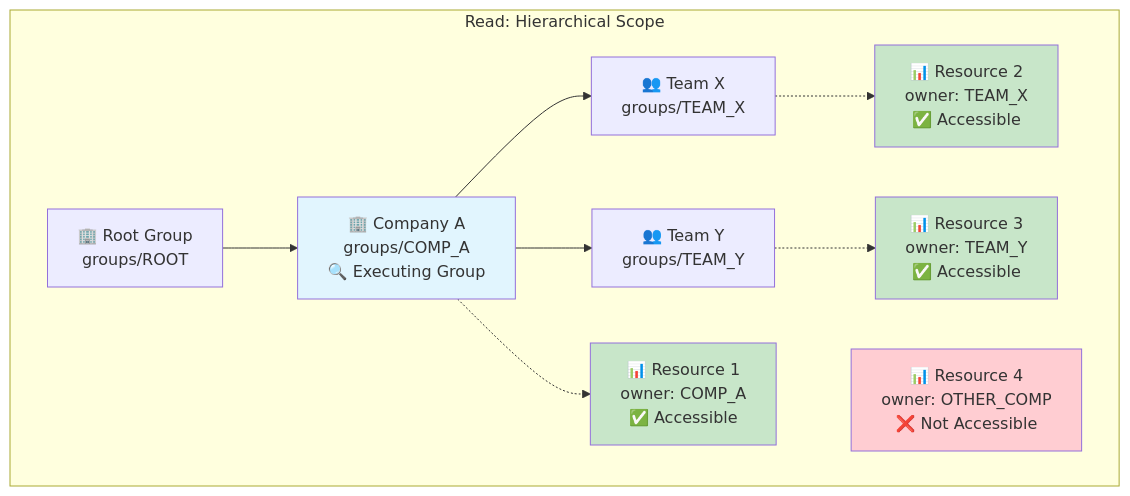
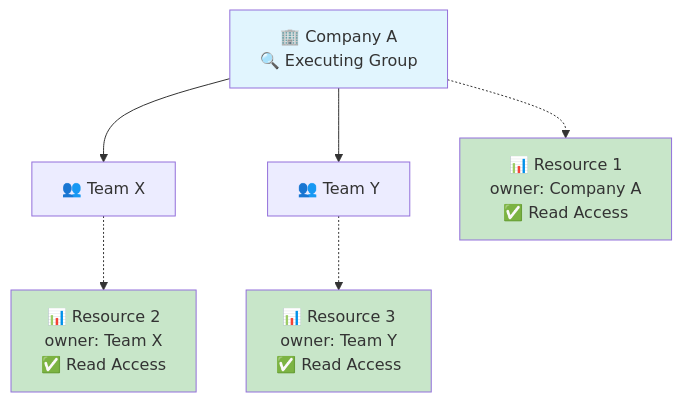
One commit to meshtrade/api changed the third of 6 diagrams in docs/docs/architecture/resource-hierarchy.mdx. Above: the diagram before and after it, drawn with Mermaid. The commit also changed other lines of this file and 5 other files, not shown here.

````diff
--- a/docs/docs/architecture/resource-hierarchy.mdx
+++ b/docs/docs/architecture/resource-hierarchy.mdx
@@ -171,41 +116,28 @@
 ```mermaid
 graph TD
-    subgraph "Read: Hierarchical Scope"
-        Root["🏢 Root Group
-groups/ROOT"]
-        CompanyA["🏢 Company A
-groups/COMP_A
-🔍 Executing Group"]
-        TeamX["👥 Team X
-groups/TEAM_X"]
-        TeamY["👥 Team Y
-groups/TEAM_Y"]
+    CompanyA["🏢 Company A
+    🔍 Executing Group"]
+    TeamX["👥 Team X"]
+    TeamY["👥 Team Y"]
 
-        Res1["📊 Resource 1
-owner: COMP_A
-✅ Accessible"]
-        Res2["📊 Resource 2
-owner: TEAM_X
-✅ Accessible"]
-        Res3["📊 Resource 3
-owner: TEAM_Y
-✅ Accessible"]
-        Res4["📊 Resource 4
-owner: OTHER_COMP
-❌ Not Accessible"]
-        
-        Root --> CompanyA
-        CompanyA --> TeamX
-        CompanyA --> TeamY
-        
-        CompanyA -.-> Res1
-        TeamX -.-> Res2
-        TeamY -.-> Res3
-        
-        style CompanyA fill:#e1f5fe
-        style Res1 fill:#c8e6c9
-        style Res2 fill:#c8e6c9
-        style Res3 fill:#c8e6c9
-        style Res4 fill:#ffcdd2
-    end
+    Res1["📊 Resource 1
+    owner: Company A
+    ✅ Read Access"]
+    Res2["📊 Resource 2
+    owner: Team X
+    ✅ Read Access"]
+    Res3["📊 Resource 3
+    owner: Team Y
+    ✅ Read Access"]
+
+    CompanyA --> TeamX
+    CompanyA --> TeamY
+    CompanyA -.-> Res1
+    TeamX -.-> Res2
+    TeamY -.-> Res3
+
+    style CompanyA fill:#e1f5fe
+    style Res1 fill:#c8e6c9
+    style Res2 fill:#c8e6c9
+    style Res3 fill:#c8e6c9
 ```
````
